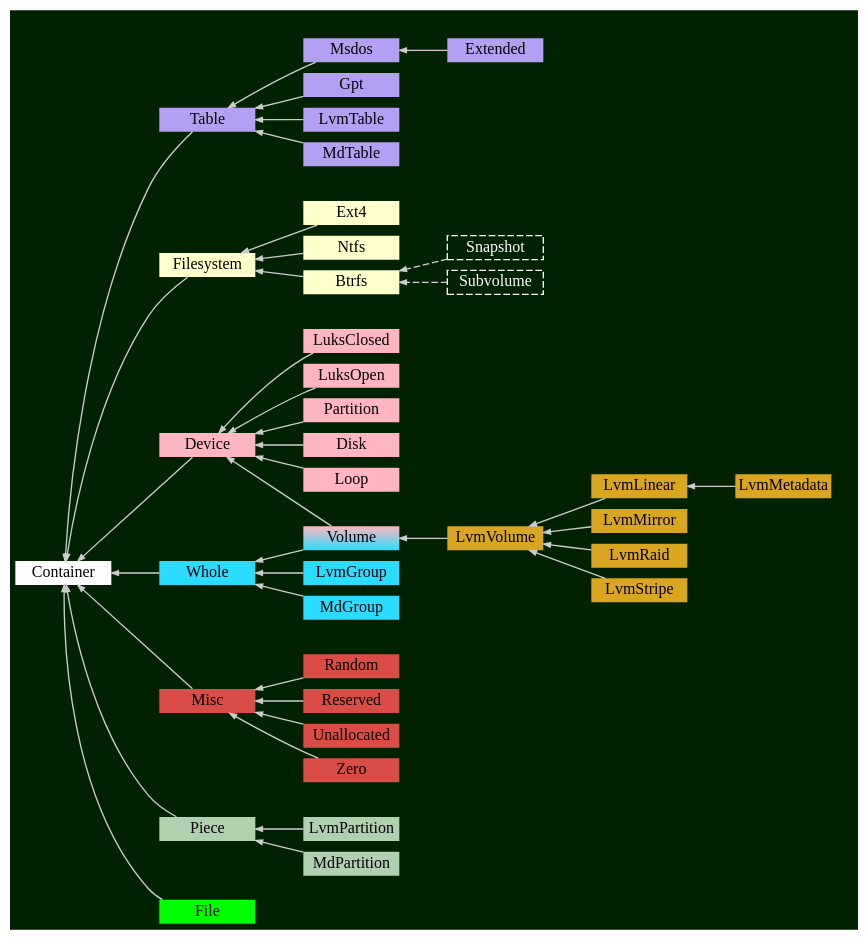
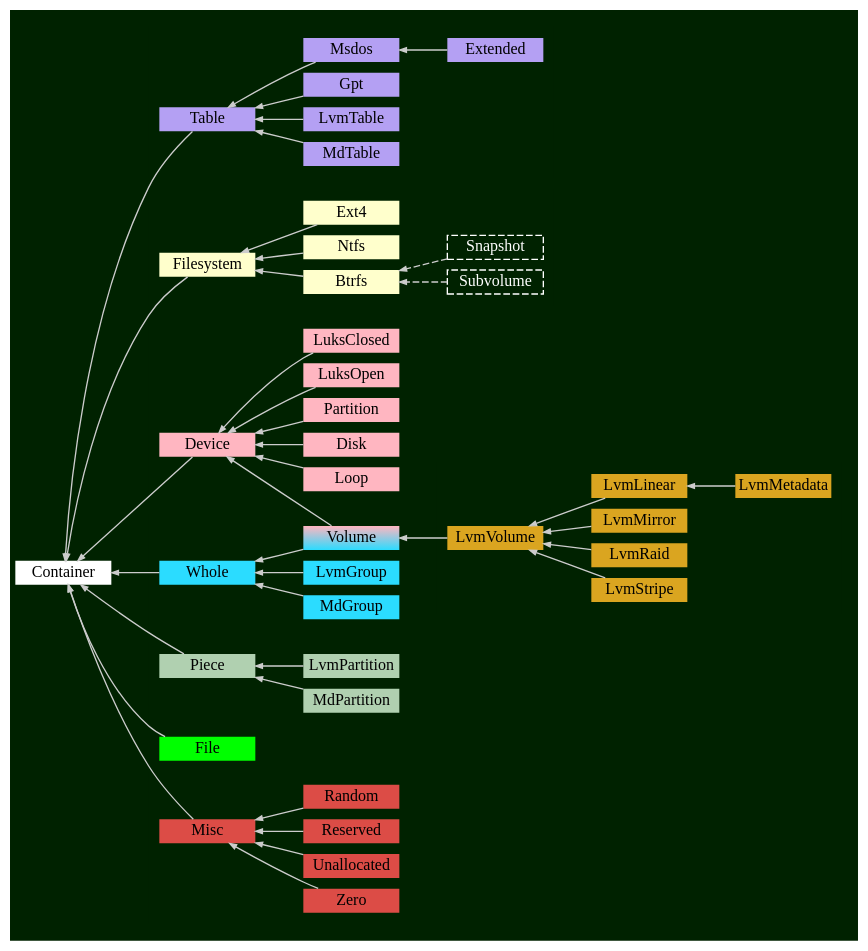
The diagram in gfx/class_dparted4.gv (flatcap/dparted), drawn with Graphviz before and after one commit. The commit also changed other lines of this file, not shown here.

Commit message:
tweak object diagram

```diff
--- a/gfx/class_dparted4.gv
+++ b/gfx/class_dparted4.gv
@@ -1,134 +1,134 @@
 digraph G
 {
 	graph [ rankdir="RL" bgcolor="#002200", color=white nodesep=0.1 ranksep=0.5 ];
 	node  [ shape=record fontsize=12 style=filled color=white width="1.0" height="0.25" fixedsize=true penwidth=0 ];
 	edge  [ penwidth=1.0 color="#CCCCCC" arrowsize=0.5 ];
 
 	Container      [ fillcolor="#FFFFFF" ];
 
 	Extended       [ fillcolor="#B4A0F3" ];
 	Gpt            [ fillcolor="#B4A0F3" ];
 	LvmTable       [ fillcolor="#B4A0F3" ];
 	MdTable        [ fillcolor="#B4A0F3" ];
 	Msdos          [ fillcolor="#B4A0F3" ];
 	Table          [ fillcolor="#B4A0F3" ];
 
 	Btrfs          [ fillcolor="#FFFFCC" ];
 	Ext4           [ fillcolor="#FFFFCC" ];
 	Filesystem     [ fillcolor="#FFFFCC" ];
 	Ntfs           [ fillcolor="#FFFFCC" ];
 
 	BtrfsSnapshot  [ label="Snapshot"  fontcolor=white style=dashed penwidth=1 ];
 	BtrfsSubvolume [ label="Subvolume" fontcolor=white style=dashed penwidth=1 ];
 
 	Volume         [ fillcolor="#2BDCFF:#FFB6C1" gradientangle=90 ];
 	Whole          [ fillcolor="#2BDCFF" ];
 
 	LvmLinear      [ fillcolor="#DAA520" ];
 	LvmMetadata    [ fillcolor="#DAA520" ];
 	LvmMirror      [ fillcolor="#DAA520" ];
 	LvmRaid        [ fillcolor="#DAA520" ];
 	LvmStripe      [ fillcolor="#DAA520" ];
 	LvmVolume      [ fillcolor="#DAA520" ];
 
 	Device         [ fillcolor="#FFB6C1" ];
 	LuksClosed     [ fillcolor="#FFB6C1" ];
 	LuksOpen       [ fillcolor="#FFB6C1" ];
 	Partition      [ fillcolor="#FFB6C1" ];
 
 	Disk           [ fillcolor="#FFB6C1" ];
 	Loop           [ fillcolor="#FFB6C1" ];
 
+	LvmPartition   [ fillcolor="#B0D0B0" ];
+	MdPartition    [ fillcolor="#B0D0B0" ];
+	Piece          [ fillcolor="#B0D0B0" ];
+
+	File           [ fillcolor="#00FF00" ];
+
 	Misc           [ fillcolor="#DC4C46" ];
 	Random         [ fillcolor="#DC4C46" ];
 	Reserved       [ fillcolor="#DC4C46" ];
 	Unallocated    [ fillcolor="#DC4C46" ];
 	Zero           [ fillcolor="#DC4C46" ];
 
-	LvmPartition   [ fillcolor="#B0D0B0" ];
-	MdPartition    [ fillcolor="#B0D0B0" ];
-	Piece          [ fillcolor="#B0D0B0" ];
-
 	LvmGroup       [ fillcolor="#2BDCFF" ];
 	MdGroup        [ fillcolor="#2BDCFF" ];
-
-	File           [ fillcolor="#00FF00" ];
 
 	Device     -> Container;
 	Filesystem -> Container;
 	Misc       -> Container;
 	Piece      -> Container;
 	Table      -> Container;
 	Whole      -> Container;
 
 	File       -> Container;
 
 	LvmVolume  -> Volume;
 
 	subgraph cluster_1 {
 		color = transparent;
 
 		Extended             -> Msdos;
 
 		Gpt                  -> Table;
 		LvmTable             -> Table;
 		MdTable              -> Table;
 		Msdos                -> Table;
 	}
 
 	subgraph cluster_2 {
 		color = transparent;
 
 		Ext4                 -> Filesystem;
 		Ntfs                 -> Filesystem;
 		Btrfs                -> Filesystem;
 
 		BtrfsSubvolume       -> Btrfs [ style=dashed ];
 		BtrfsSnapshot        -> Btrfs [ style=dashed ];
 	}
 
 	subgraph cluster_3 {
 		color = transparent;
 
 		Zero                 -> Misc;
 		Random               -> Misc;
 		Reserved             -> Misc;
 		Unallocated          -> Misc;
 	}
 
 	subgraph cluster_4 {
 		color = transparent;
 
 		LvmPartition         -> Piece;
 		MdPartition          -> Piece;
 	}
 
 	subgraph cluster_5 {
 		color = transparent;
 
 		LvmMetadata          -> LvmLinear;
 		LvmLinear            -> LvmVolume;
 		LvmMirror            -> LvmVolume;
 		LvmRaid              -> LvmVolume;
 		LvmStripe            -> LvmVolume;
 	}
 
 	subgraph cluster_6 {
 		color = transparent;
 
 		LvmGroup             -> Whole;
 		MdGroup              -> Whole;
 		Volume               -> Whole;
 	}
 
 	subgraph cluster_7 {
 		color = transparent;
 
 		Partition            -> Device;
 		LuksOpen             -> Device;
 		LuksClosed           -> Device;
 		Disk                 -> Device;
 		Loop                 -> Device;
 		Volume               -> Device;
 	}
 }
```
